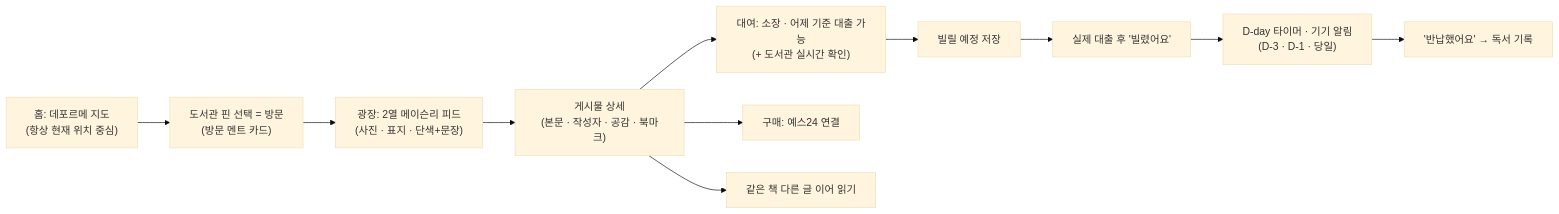
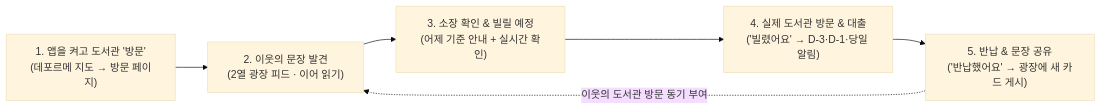
One commit to axteamc/localone changed the diagram in README.md. Above: the diagram before and after it, drawn with Mermaid (base theme). The commit also changed other lines of this file and 3 other files, not shown here.

````diff
--- a/README.md
+++ b/README.md
@@ -24,13 +57,8 @@
 ```mermaid
 flowchart LR
-  A["홈: 데포르메 지도<br/>(항상 현재 위치 중심)"] --> B["도서관 핀 선택 = 방문<br/>(방문 멘트 카드)"]
-  B --> C["광장: 2열 메이슨리 피드<br/>(사진 · 표지 · 단색+문장)"]
-  C --> D["게시물 상세<br/>(본문 · 작성자 · 공감 · 북마크)"]
-  D --> E["대여: 소장 · 어제 기준 대출 가능<br/>(+ 도서관 실시간 확인)"]
-  D --> F["구매: 예스24 연결"]
-  D --> G["같은 책 다른 글 이어 읽기"]
-  E --> H["빌릴 예정 저장"]
-  H --> I["실제 대출 후 '빌렸어요'"]
-  I --> J["D-day 타이머 · 기기 알림<br/>(D-3 · D-1 · 당일)"]
-  J --> K["'반납했어요' → 독서 기록"]
+  A["1. 앱을 켜고 도서관 '방문'<br/>(데포르메 지도 → 방문 페이지)"] --> B["2. 이웃의 문장 발견<br/>(2열 광장 피드 · 이어 읽기)"]
+  B --> C["3. 소장 확인 & 빌릴 예정<br/>(어제 기준 안내 + 실시간 확인)"]
+  C --> D["4. 실제 도서관 방문 & 대출<br/>('빌렸어요' → D-3·D-1·당일 알림)"]
+  D --> E["5. 반납 & 문장 공유<br/>('반납했어요' → 광장에 새 카드 게시)"]
+  E -. "이웃의 도서관 방문 동기 부여" .-> B
 ```
````
